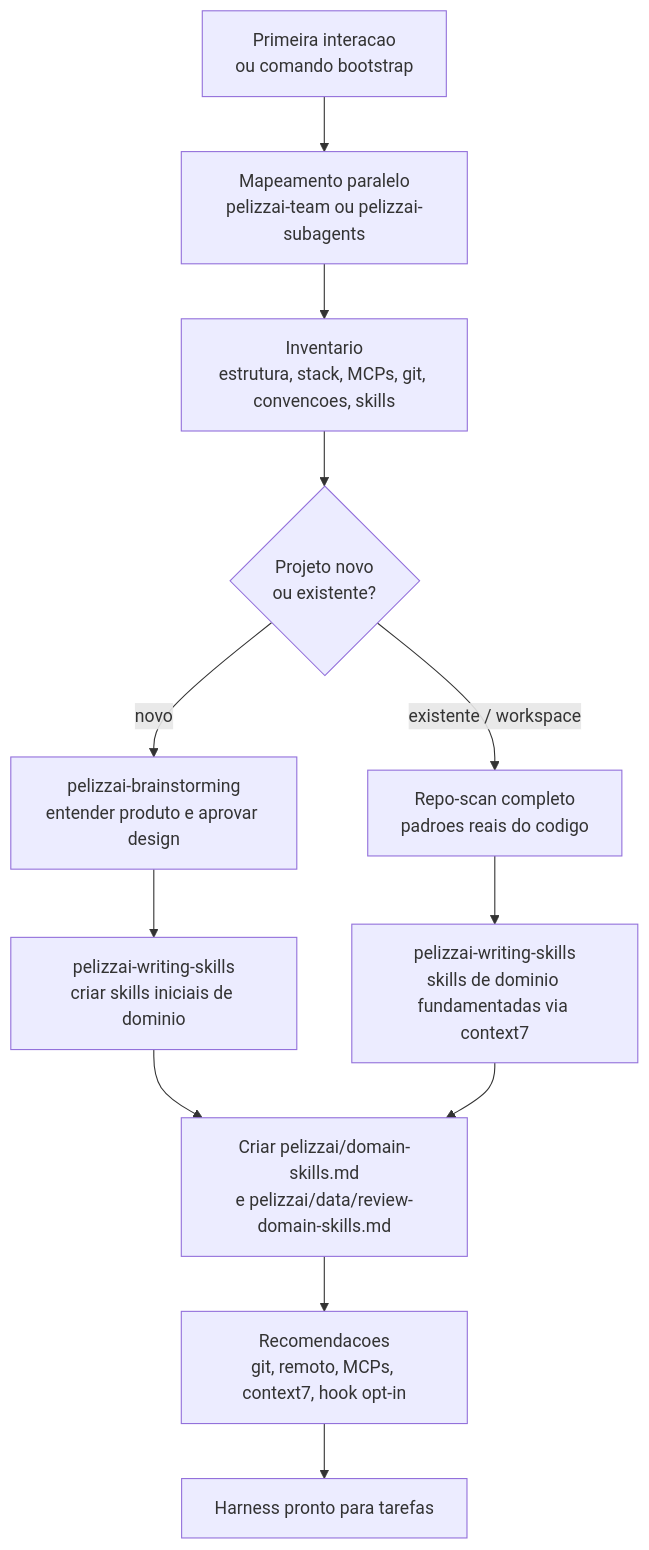
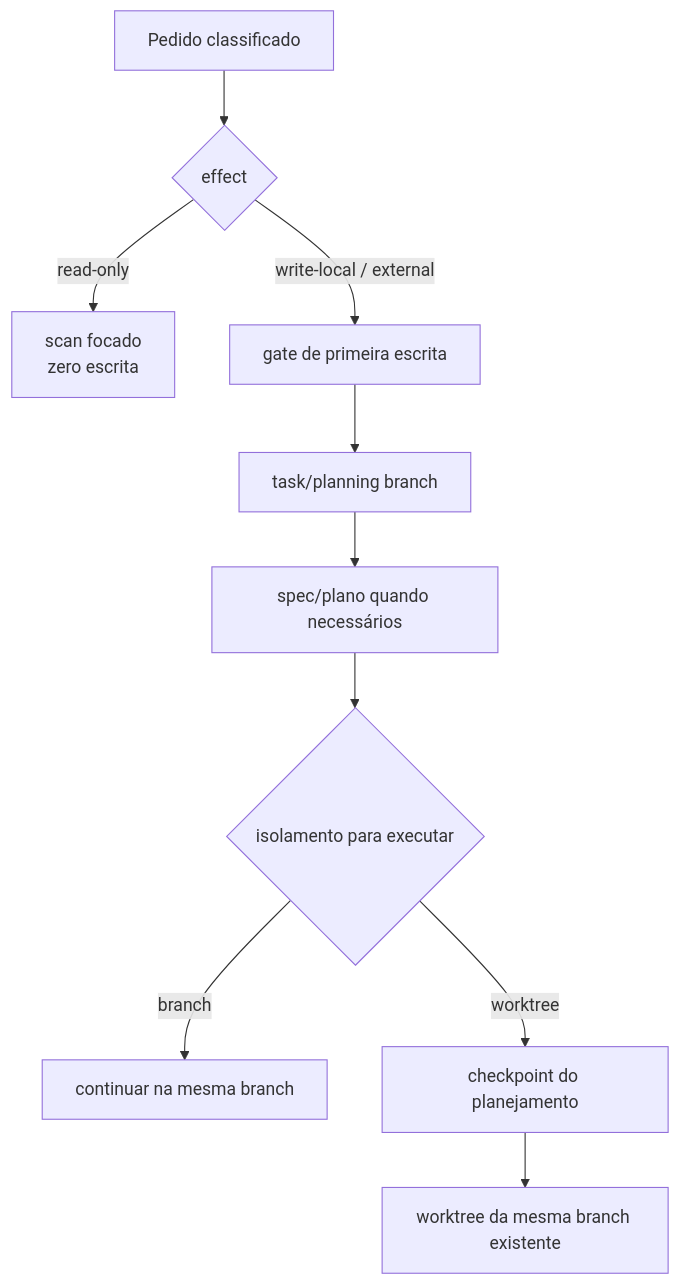
One commit to rpelizza/PelizzAI changed the second of 4 diagrams in README.md. Above: the diagram before and after it, drawn with Mermaid. The commit also changed other lines of this file and 103 other files, not shown here.

````diff
--- a/README.md
+++ b/README.md
@@ -168,17 +69,12 @@
 ```mermaid
 flowchart TD
-    START["Primeira interacao<br/>ou comando bootstrap"] --> TEAM["Mapeamento paralelo<br/>pelizzai-team ou pelizzai-subagents"]
-    TEAM --> INV["Inventario<br/>estrutura, stack, MCPs, git, convencoes, skills"]
-    INV --> KIND{"Projeto novo<br/>ou existente?"}
-
-    KIND -- "novo" --> IDEA["pelizzai-brainstorming<br/>entender produto e aprovar design"]
-    IDEA --> WSK1["pelizzai-writing-skills<br/>criar skills iniciais de dominio"]
-
-    KIND -- "existente / workspace" --> SCAN["Repo-scan completo<br/>padroes reais do codigo"]
-    SCAN --> WSK2["pelizzai-writing-skills<br/>skills de dominio fundamentadas via context7"]
-
-    WSK1 --> ART["Criar pelizzai/domain-skills.md<br/>e pelizzai/data/review-domain-skills.md"]
-    WSK2 --> ART
-    ART --> REC["Recomendacoes<br/>git, remoto, MCPs, context7, hook opt-in"]
-    REC --> READY["Harness pronto para tarefas"]
+    D["Pedido classificado"] --> Q{"effect"}
+    Q -- "read-only" --> S["scan focado<br/>zero escrita"]
+    Q -- "write-local / external" --> G["gate de primeira escrita"]
+    G --> B["task/planning branch"]
+    B --> P["spec/plano quando necessários"]
+    P --> I{"isolamento para executar"}
+    I -- "branch" --> SAME["continuar na mesma branch"]
+    I -- "worktree" --> CP["checkpoint do planejamento"]
+    CP --> WT["worktree da mesma branch existente"]
 ```
````
